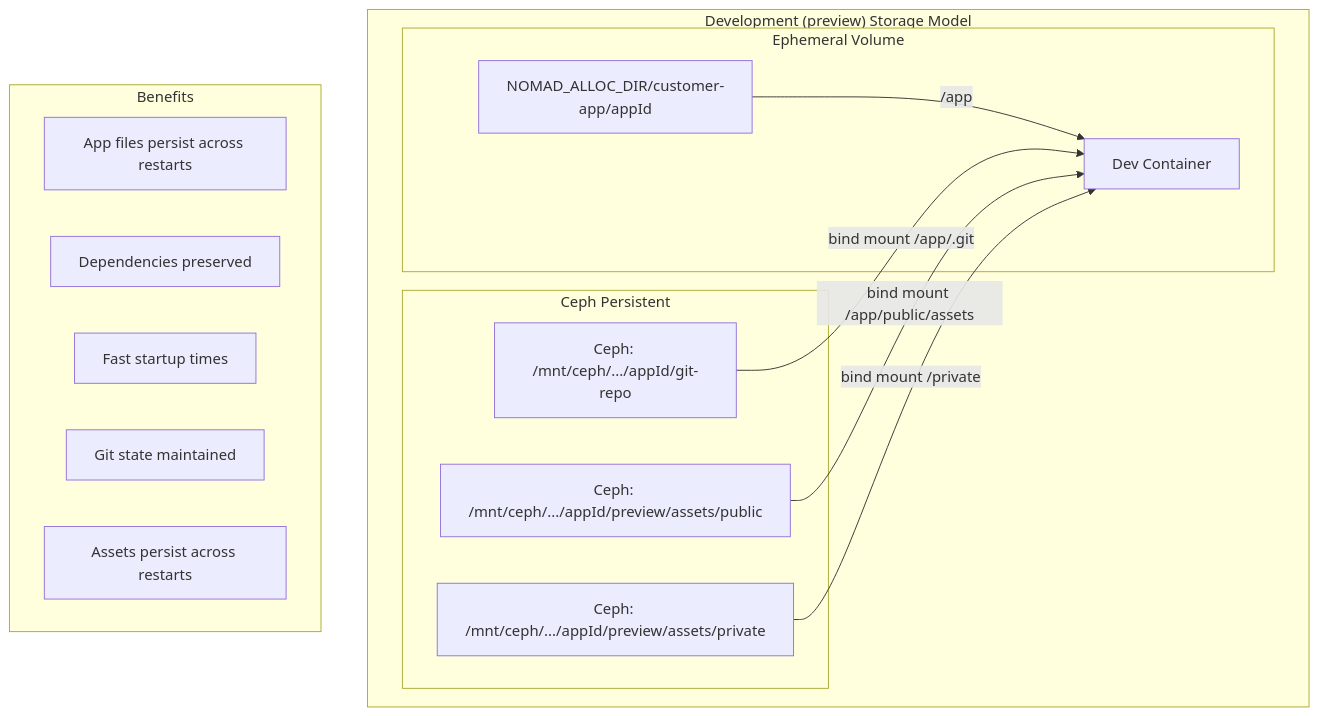
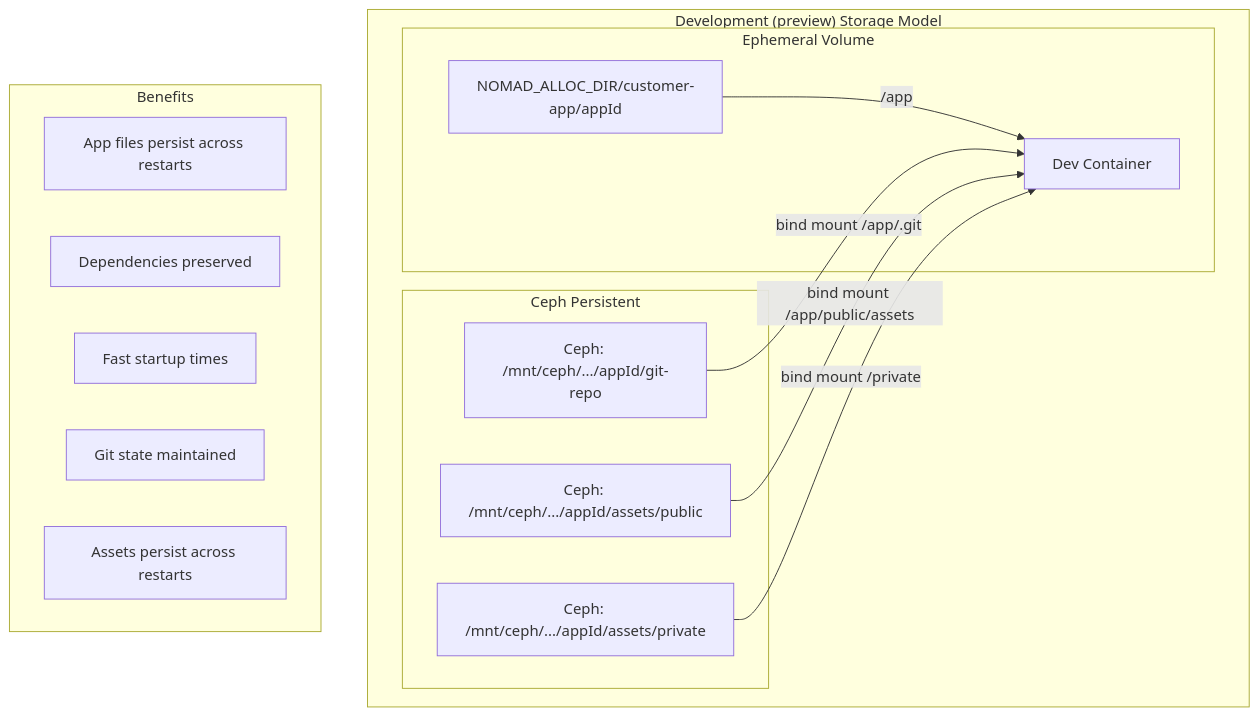
One commit to hsharif-godaddy/hackathon2026 changed the first of 5 diagrams in docs/persistent-storage-architecture.md. Above: the diagram before and after it, drawn with Mermaid. The commit also changed other lines of this file and 4 other files, not shown here.

````diff
--- a/docs/persistent-storage-architecture.md
+++ b/docs/persistent-storage-architecture.md
@@ -26,26 +26,26 @@
 ```mermaid
 graph TB
     subgraph "Development (preview) Storage Model"
         subgraph "Ephemeral Volume"
             EV2["NOMAD_ALLOC_DIR/customer-app/appId"]
             EV2 --> |"/app"| APP2[Dev Container]
         end
 
         subgraph "Ceph Persistent"
             CEPH2["Ceph: /mnt/ceph/.../appId/git-repo"]
             CEPH2 --> |"bind mount /app/.git"| APP2
-            CEPH3["Ceph: /mnt/ceph/.../appId/preview/assets/public"]
+            CEPH3["Ceph: /mnt/ceph/.../appId/assets/public"]
             CEPH3 --> |"bind mount /app/public/assets"| APP2
-            CEPH4["Ceph: /mnt/ceph/.../appId/preview/assets/private"]
+            CEPH4["Ceph: /mnt/ceph/.../appId/assets/private"]
             CEPH4 --> |"bind mount /private"| APP2
         end
     end
 
     subgraph "Benefits"
         B1["App files persist across restarts"]
         B2["Dependencies preserved"]
         B3["Fast startup times"]
         B4["Git state maintained"]
         B5["Assets persist across restarts"]
     end
 ```
````
